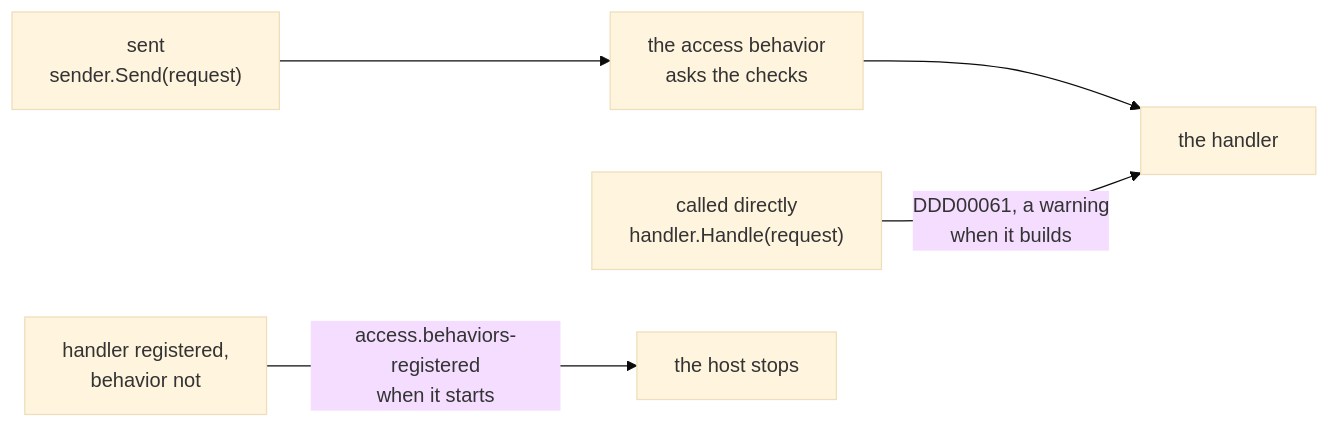
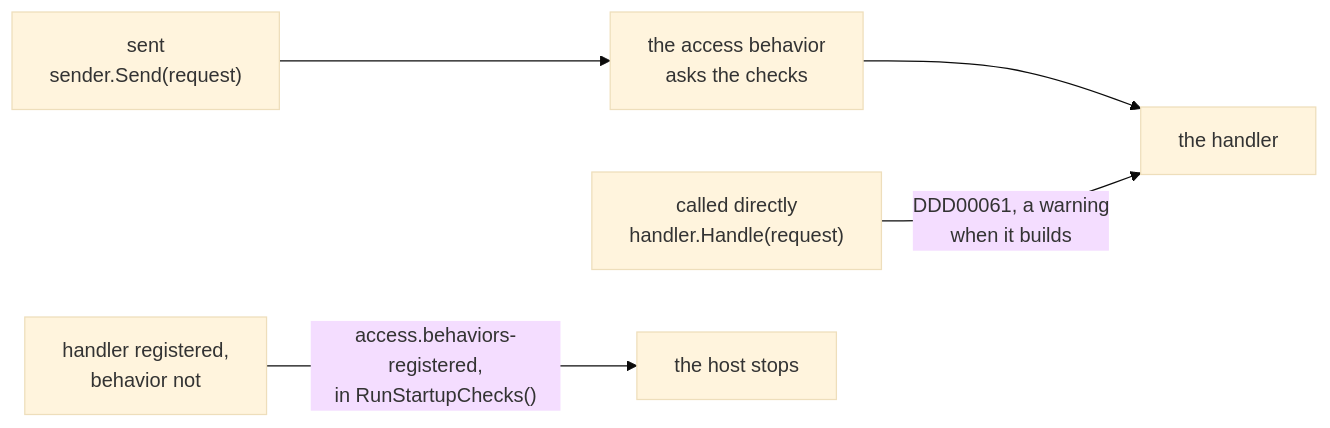
Before and after one commit to DylanSnel/DDDToolkit: the third of 3 diagrams in docs/access-requirements.md, drawn with Mermaid (base theme). The commit also changed other lines of this file and 7 other files, not shown here.

````diff
--- a/docs/access-requirements.md
+++ b/docs/access-requirements.md
@@ -454,6 +454,6 @@
 ```mermaid
 flowchart LR
     Sent["sent<br/>sender.Send(request)"] --> Behavior["the access behavior<br/>asks the checks"] --> Handler["the handler"]
     Direct["called directly<br/>handler.Handle(request)"] -- "DDD00061, a warning<br/>when it builds" --> Handler
-    Missing["handler registered,<br/>behavior not"] -- "access.behaviors-registered<br/>when it starts" --> Stopped["the host stops"]
+    Missing["handler registered,<br/>behavior not"] -- "access.behaviors-registered,<br/>in RunStartupChecks()" --> Stopped["the host stops"]
 ```
````
